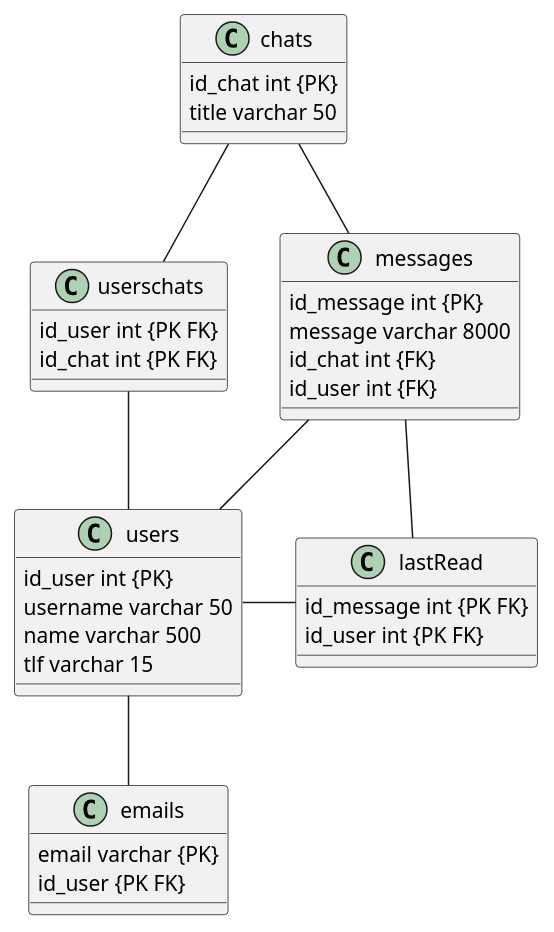
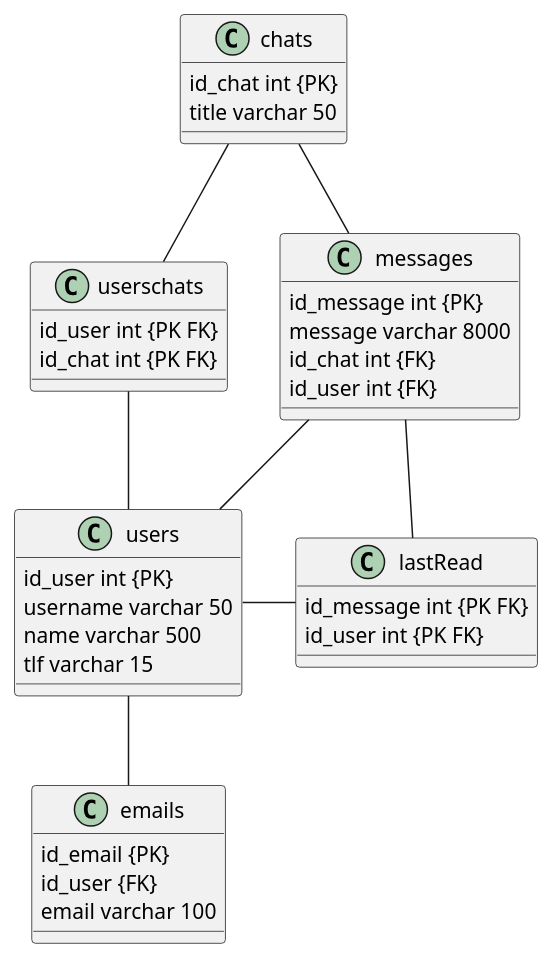
The diagram in documentation/db_ER-model.puml (freebattie/pg209exam-freebattie), drawn with PlantUML before and after one commit. The commit also changed 1 other file, not shown here.

```diff
--- a/documentation/db_ER-model.puml
+++ b/documentation/db_ER-model.puml
@@ -1,50 +1,51 @@
 @startuml
 'https://plantuml.com/class-diagram
 
 chats -- userschats
 chats -- messages
 
 userschats -- users
 
 messages -- users
 messages -- lastRead
 
 users - lastRead
 users -- emails
 
 class chats{
     id_chat int {PK}
     title varchar 50
 }
 
 class userschats{
     id_user int {PK FK}
     id_chat int {PK FK}
 }
 
 class messages {
     id_message int {PK}
     message varchar 8000
     id_chat int {FK}
     id_user int {FK}
 
 }
 
 class lastRead{
     id_message int {PK FK}
     id_user int {PK FK}
 }
 
 class users {
     id_user int {PK}
     username varchar 50
     name varchar 500
     tlf varchar 15
 }
 
 class emails {
-    email varchar {PK}
-    id_user {PK FK}
+    id_email {PK}
+    id_user {FK}
+    email varchar 100
 }
 
 @enduml
```
